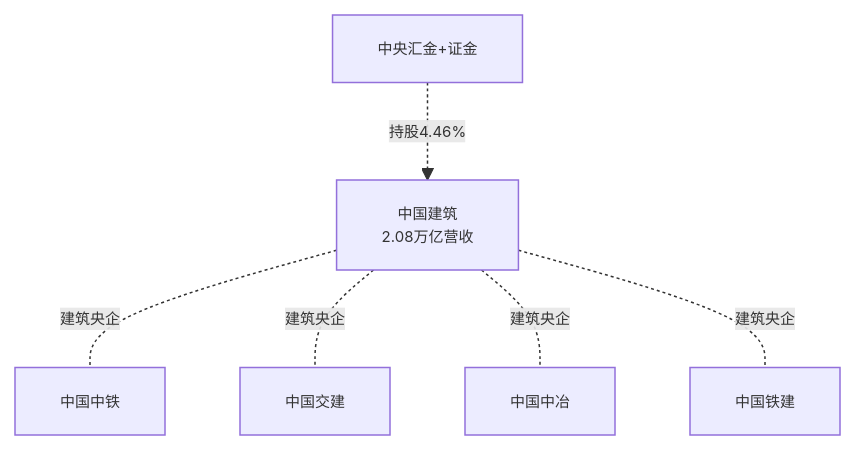
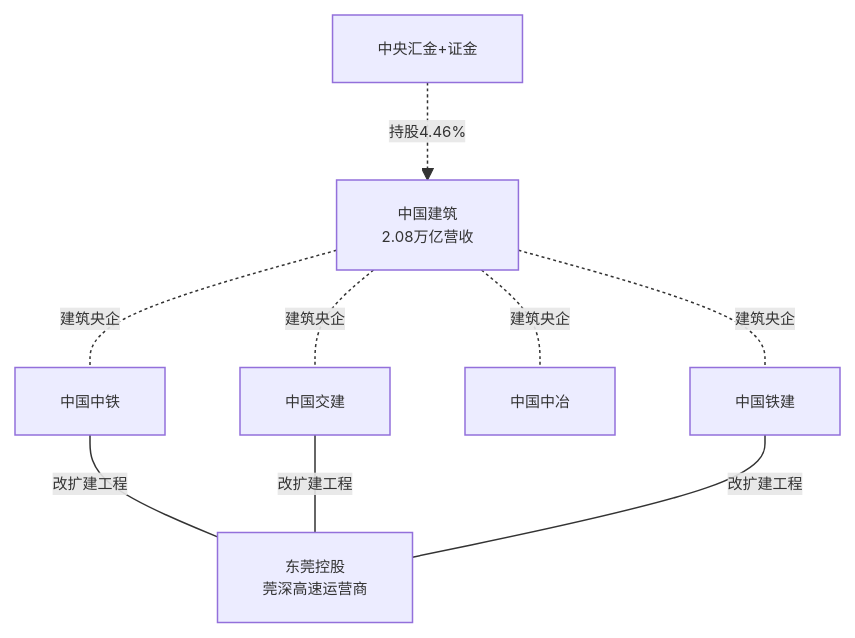
Diagram 22 of 23 in industry/wiki/syntheses/公司关联图谱.md (zhangbo1882/open-industry), drawn with Mermaid before and after one commit. The commit also changed other lines of this file and 8 other files, not shown here.

````diff
--- a/industry/wiki/syntheses/公司关联图谱.md
+++ b/industry/wiki/syntheses/公司关联图谱.md
@@ -1390,19 +1400,23 @@
 ```mermaid
 %%{init: {'themeVariables': {'fontSize': '10px'}}}%%
 graph TB
     中国建筑[中国建筑<br/>2.08万亿营收]
     中国中铁[中国中铁]
     中国交建[中国交建]
     中国中冶[中国中冶]
     中国铁建[中国铁建]
     国家队[中央汇金+证金]
+    东莞控股[东莞控股<br/>莞深高速运营商]
 
     中国建筑 -.-|建筑央企| 中国中铁
     中国建筑 -.-|建筑央企| 中国交建
     中国建筑 -.-|建筑央企| 中国中冶
     中国建筑 -.-|建筑央企| 中国铁建
     国家队 -.->|持股4.46%| 中国建筑
+    中国中铁 ---|改扩建工程| 东莞控股
+    中国交建 ---|改扩建工程| 东莞控股
+    中国铁建 ---|改扩建工程| 东莞控股
 
     classDef personnel fill:#ff6b6b,color:#fff,stroke:#c92a2a
     classDef competition fill:#ffd43b,color:#333,stroke:#fab005
 ```
````
